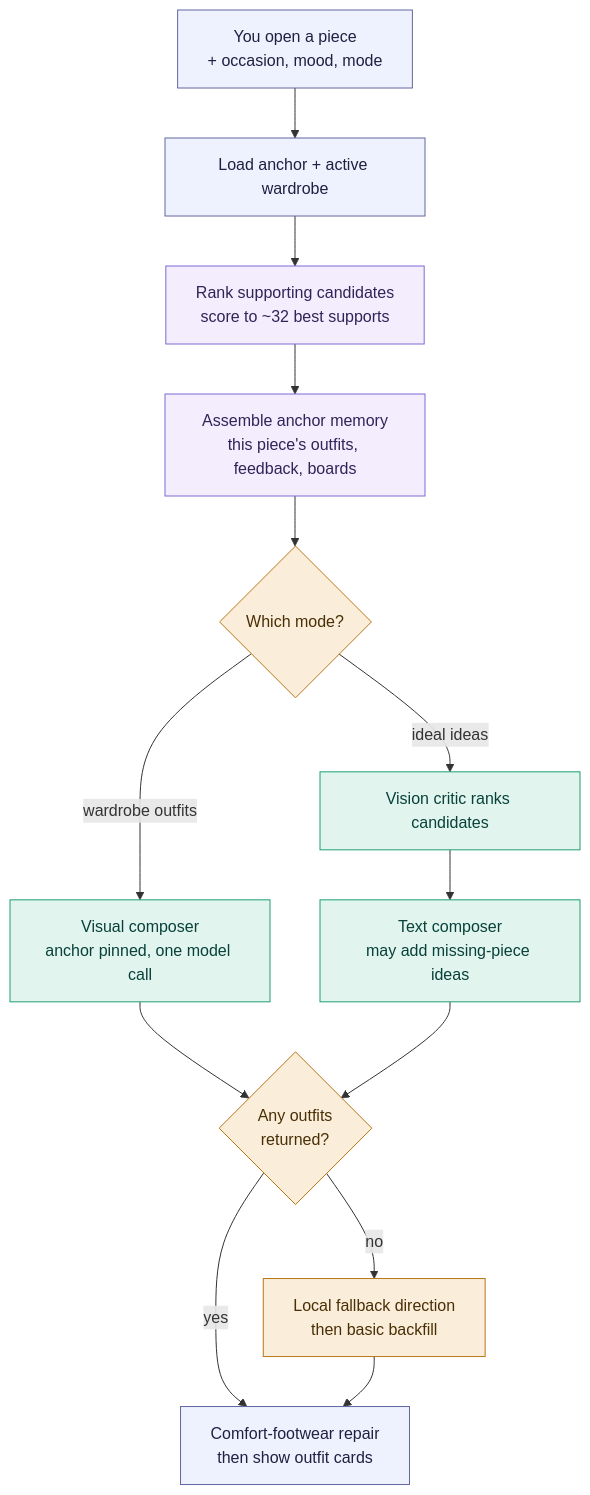
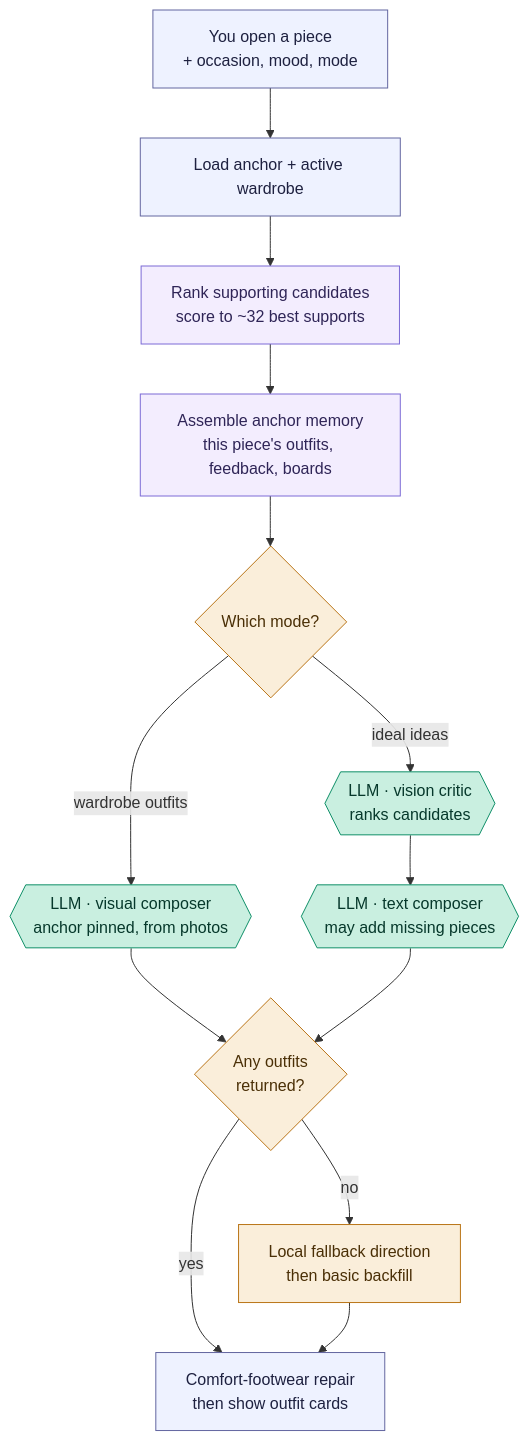
The diagram in docs/flows/selected-piece-composer.md (yunap/closet), drawn with Mermaid before and after one commit. The commit also changed other lines of this file and 2 other files, not shown here.

First line of the commit message:
docs: make LLM calls unmistakable — hexagon shape + "LLM ·" label

````diff
--- a/docs/flows/selected-piece-composer.md
+++ b/docs/flows/selected-piece-composer.md
@@ -15,22 +17,22 @@
 ```mermaid
 flowchart TD
     A["You open a piece<br/>+ occasion, mood, mode"] --> B["Load anchor + active wardrobe"]
     B --> C["Rank supporting candidates<br/>score to ~32 best supports"]
     C --> D["Assemble anchor memory<br/>this piece's outfits, feedback, boards"]
     D --> M{"Which mode?"}
-    M -->|wardrobe outfits| E["Visual composer<br/>anchor pinned, one model call"]
-    M -->|ideal ideas| V["Vision critic ranks candidates"] --> E2["Text composer<br/>may add missing-piece ideas"]
+    M -->|wardrobe outfits| E{{"LLM · visual composer<br/>anchor pinned, from photos"}}
+    M -->|ideal ideas| V{{"LLM · vision critic<br/>ranks candidates"}} --> E2{{"LLM · text composer<br/>may add missing pieces"}}
     E --> F{"Any outfits<br/>returned?"}
     E2 --> F
     F -->|yes| R["Comfort-footwear repair<br/>then show outfit cards"]
     F -->|no| G["Local fallback direction<br/>then basic backfill"] --> R
 
     classDef app fill:#eef2ff,stroke:#6366a0,color:#1e2140;
     classDef rules fill:#f3edfe,stroke:#7c6bd6,color:#2f2557;
-    classDef model fill:#e1f5ee,stroke:#1d9e75,color:#08413a;
+    classDef model fill:#c9efe0,stroke:#0f8f68,color:#06382b;
     classDef check fill:#faeeda,stroke:#ba7517,color:#4a2f06;
     class A,B,R app;
     class C,D rules;
     class E,V,E2 model;
     class M,F,G check;
 ```
````
